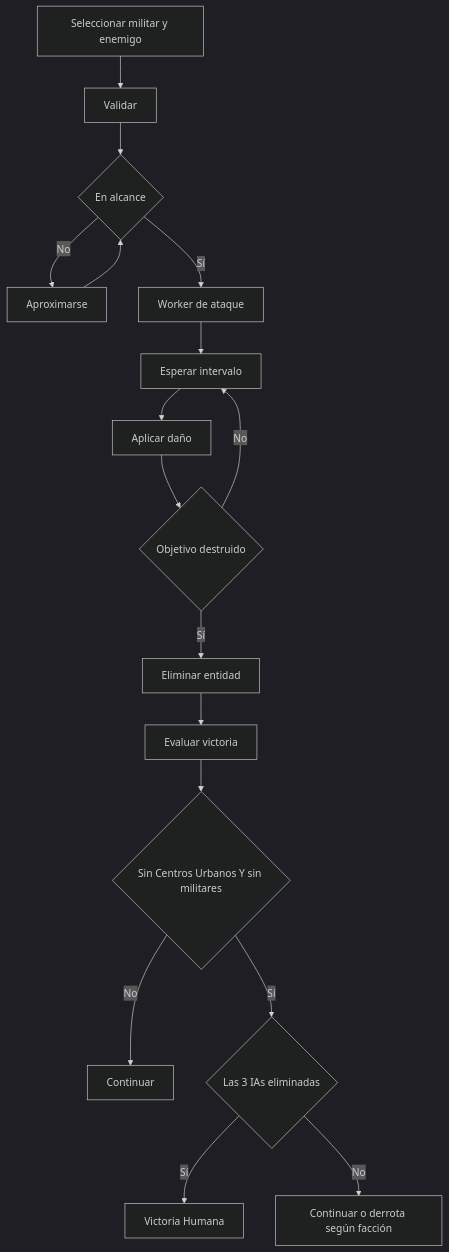
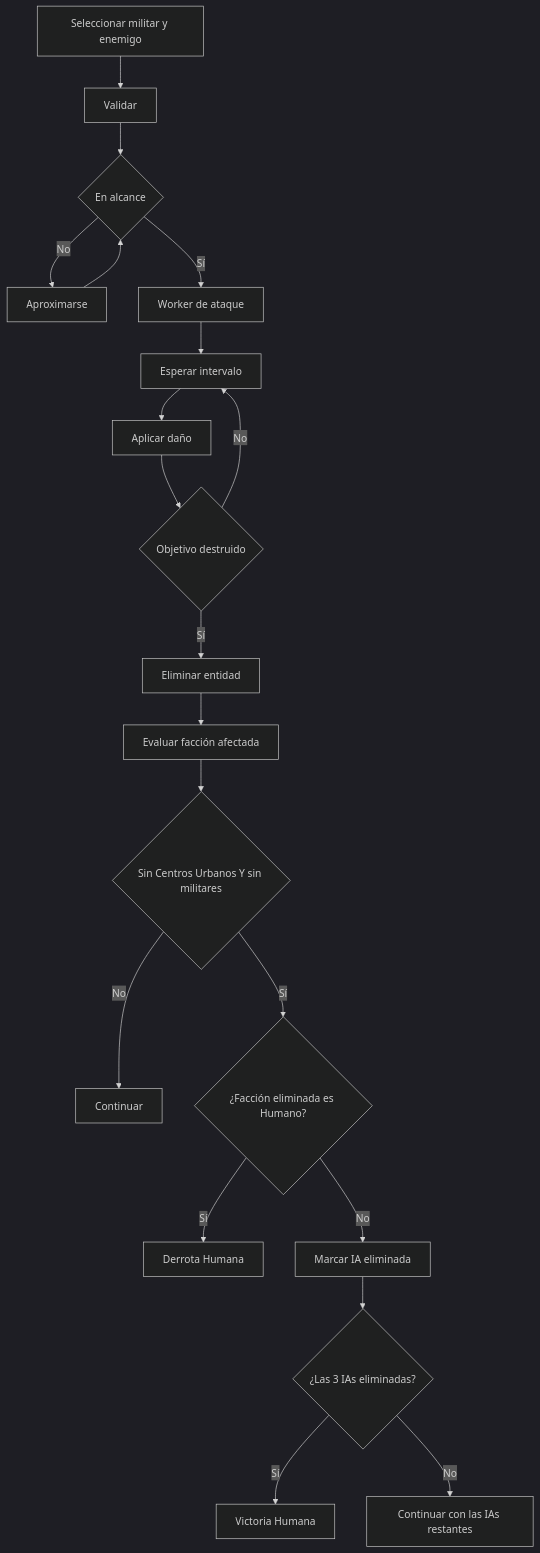
Before and after one commit to Equipo-ImperiosEnGuerra/ImperiosEnGuerra: the sixth of 8 diagrams in docs/DIAGRAMA_FLUJO_FINAL.md, drawn with Mermaid (dark theme). The commit also changed other lines of this file and 6 other files, not shown here.

````diff
--- a/docs/DIAGRAMA_FLUJO_FINAL.md
+++ b/docs/DIAGRAMA_FLUJO_FINAL.md
@@ -141,19 +142,22 @@
 ```mermaid
 flowchart TD
     A[Seleccionar militar y enemigo] --> B[Validar]
     B --> C{En alcance}
     C -- No --> D[Aproximarse]
     D --> C
     C -- Sí --> E[Worker de ataque]
     E --> F[Esperar intervalo]
     F --> G[Aplicar daño]
     G --> H{Objetivo destruido}
     H -- No --> F
     H -- Sí --> I[Eliminar entidad]
-    I --> J[Evaluar victoria]
+    I --> J[Evaluar facción afectada]
     J --> K{Sin Centros Urbanos Y sin militares}
     K -- No --> L[Continuar]
-    K -- Sí --> M{Las 3 IAs eliminadas}
-    M -- Sí --> N[Victoria Humana]
-    M -- No --> O[Continuar o derrota según facción]
+    K -- Sí --> M{¿Facción eliminada es Humano?}
+    M -- Sí --> N[Derrota Humana]
+    M -- No --> O[Marcar IA eliminada]
+    O --> P{¿Las 3 IAs eliminadas?}
+    P -- Sí --> Q[Victoria Humana]
+    P -- No --> R[Continuar con las IAs restantes]
 ```
````
